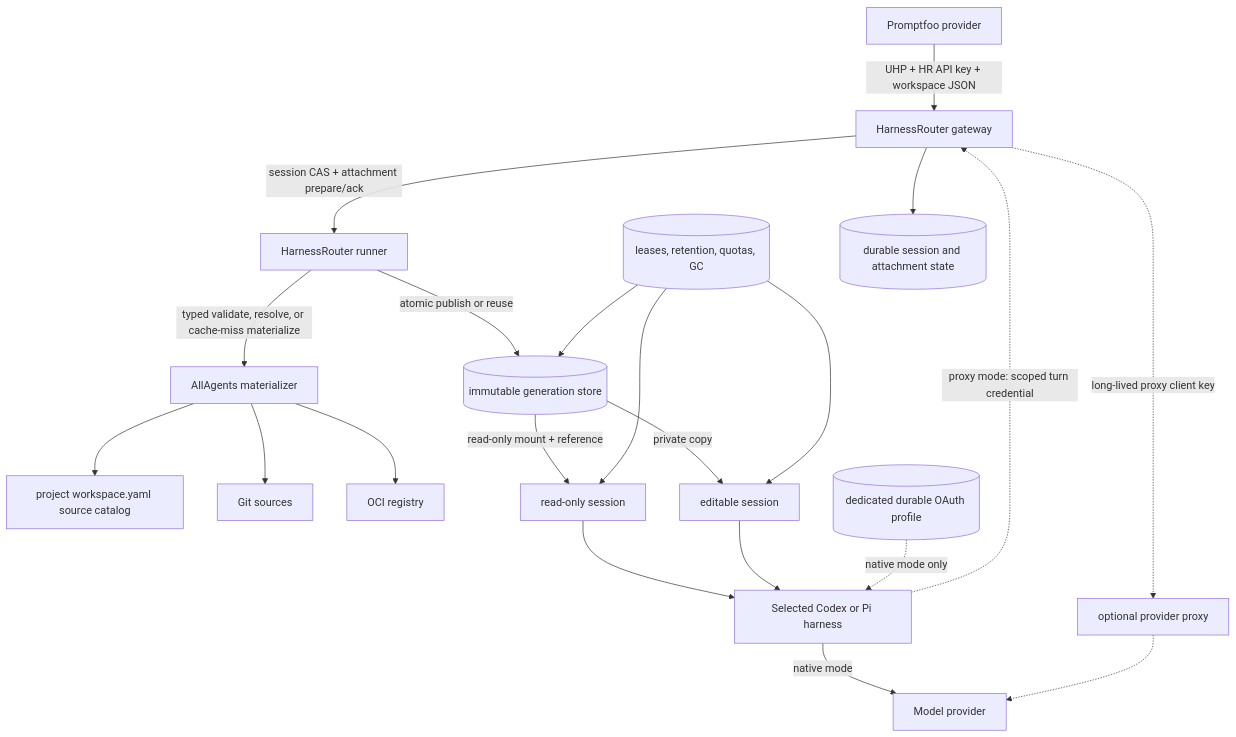
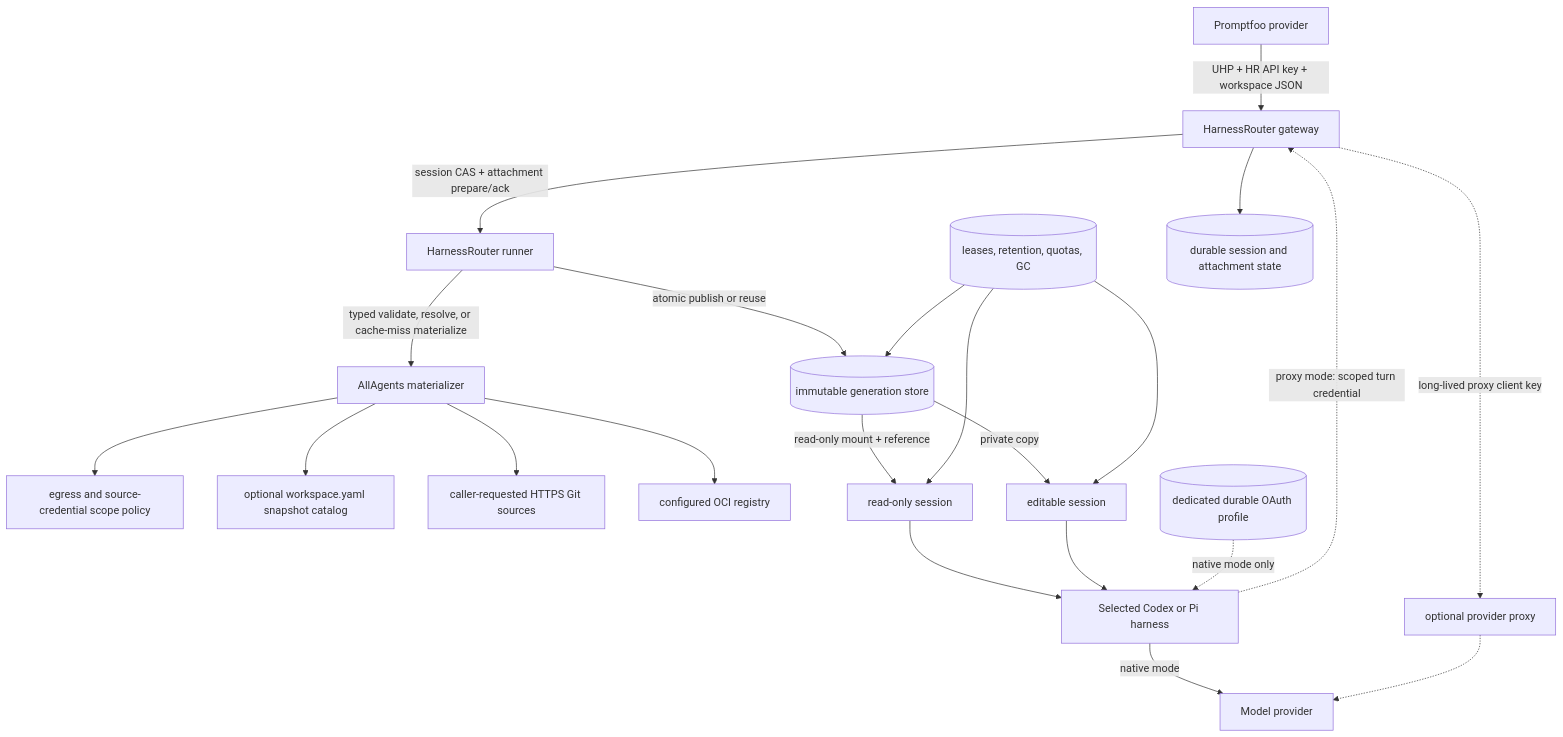
One commit to allagentsdev/allagents changed the diagram in docs/plans/2026-09-18-0837-feat-coding-execution-gateway-plan.md. Above: the diagram before and after it, drawn with Mermaid. The commit also changed other lines of this file and 1 other file, not shown here.

Commit message:
docs(architecture): accept caller repository URLs

````diff
--- a/docs/plans/2026-09-18-0837-feat-coding-execution-gateway-plan.md
+++ b/docs/plans/2026-09-18-0837-feat-coding-execution-gateway-plan.md
@@ -1128,23 +1178,24 @@
 ```mermaid
 flowchart TB
   PF[Promptfoo provider] -->|UHP + HR API key + workspace JSON| GW[HarnessRouter gateway]
   GW -->|session CAS + attachment prepare/ack| RUN[HarnessRouter runner]
   RUN -->|typed validate, resolve, or cache-miss materialize| MAT[AllAgents materializer]
-  MAT --> CFG[project workspace.yaml source catalog]
-  MAT --> GIT[Git sources]
-  MAT --> OCI[OCI registry]
+  MAT --> POLICY[egress and source-credential scope policy]
+  MAT --> CFG[optional workspace.yaml snapshot catalog]
+  MAT --> GIT[caller-requested HTTPS Git sources]
+  MAT --> OCI[configured OCI registry]
   RUN -->|atomic publish or reuse| GEN[(immutable generation store)]
   GEN -->|read-only mount + reference| RO[read-only session]
   GEN -->|private copy| EDIT[editable session]
   RO --> HARNESS[Selected Codex or Pi harness]
   EDIT --> HARNESS
   LIFE[(leases, retention, quotas, GC)] --> RO
   LIFE --> EDIT
   LIFE --> GEN
   AUTH[(dedicated durable OAuth profile)] -.->|native mode only| HARNESS
   HARNESS -->|native mode| MODEL[Model provider]
   HARNESS -.->|proxy mode: scoped turn credential| GW
   GW -.->|long-lived proxy client key| PROXY[optional provider proxy]
   PROXY -.-> MODEL
   GW --> DATA[(durable session and attachment state)]
 ```
````
